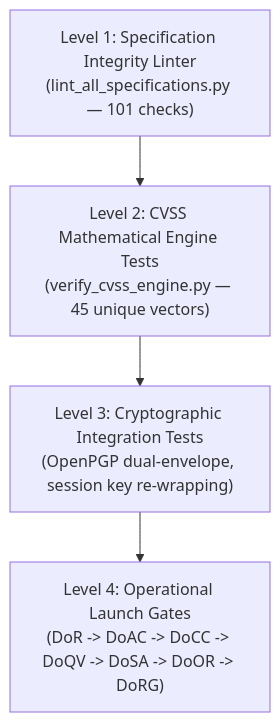
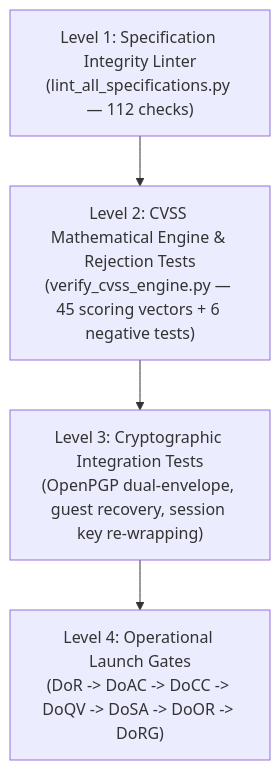
The diagram in README.md (Taha-Asad/BugBountyTracker), drawn with Mermaid before and after one commit. The commit also changed other lines of this file and 26 other files, not shown here.

First line of the commit message:
fix(spec): resolve CVSS 8.22 coefficient, guest key recovery, program-defender schema, and balanced sprint schedule

````diff
--- a/README.md
+++ b/README.md
@@ -115,6 +115,6 @@
 ```mermaid
 flowchart TD
-    L1["Level 1: Specification Integrity Linter<br/>(lint_all_specifications.py — 101 checks)"] --> L2["Level 2: CVSS Mathematical Engine Tests<br/>(verify_cvss_engine.py — 45 unique vectors)"]
-    L2 --> L3["Level 3: Cryptographic Integration Tests<br/>(OpenPGP dual-envelope, session key re-wrapping)"]
+    L1["Level 1: Specification Integrity Linter<br/>(lint_all_specifications.py — 112 checks)"] --> L2["Level 2: CVSS Mathematical Engine & Rejection Tests<br/>(verify_cvss_engine.py — 45 scoring vectors + 6 negative tests)"]
+    L2 --> L3["Level 3: Cryptographic Integration Tests<br/>(OpenPGP dual-envelope, guest recovery, session key re-wrapping)"]
     L3 --> L4["Level 4: Operational Launch Gates<br/>(DoR -> DoAC -> DoCC -> DoQV -> DoSA -> DoOR -> DoRG)"]
 ```
````
